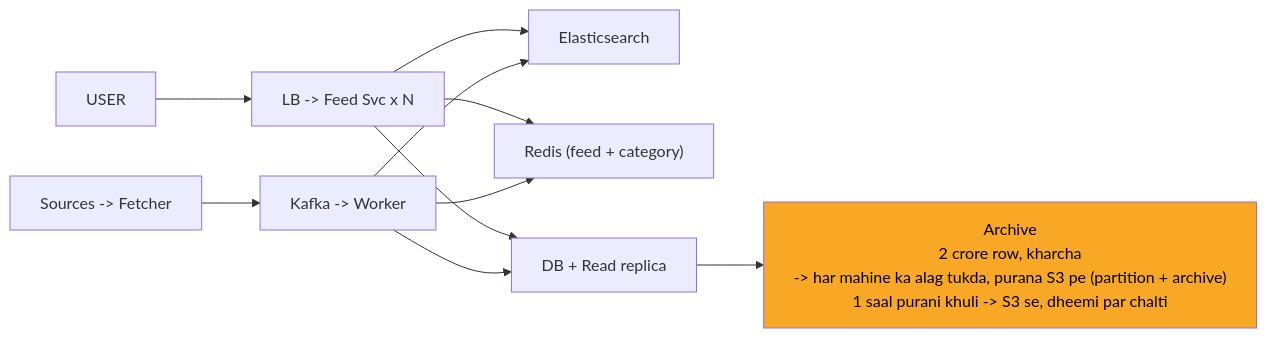
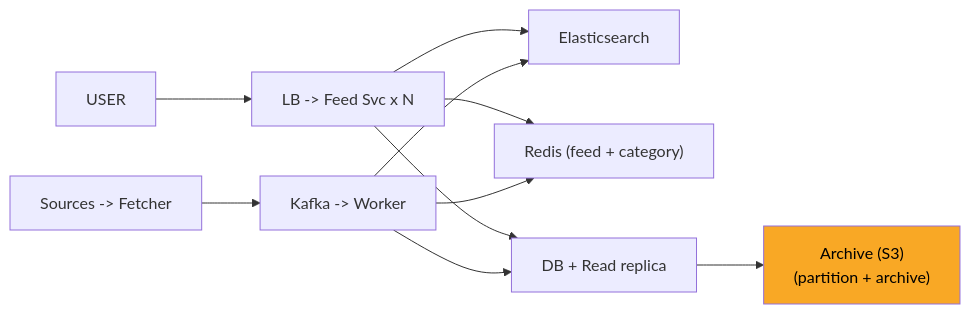
One commit to ArpanMaheshwari144/Prep changed the diagram in 04_HLD/SYSTEM_DESIGNS/08_news_aggregator/img/c8.mmd. Above: the diagram before and after it, drawn with Mermaid. The commit also changed 36 other files, not shown here.

```diff
--- a/04_HLD/SYSTEM_DESIGNS/08_news_aggregator/img/c8.mmd
+++ b/04_HLD/SYSTEM_DESIGNS/08_news_aggregator/img/c8.mmd
@@ -1,20 +1,20 @@
 %%{init: {"flowchart": {"wrappingWidth": 450}}}%%
 flowchart LR
     n_USER["USER"]
     n_LF["LB -> Feed Svc x N"]
     n_Elasticsearch["Elasticsearch"]
     n_Redis["Redis (feed + category)"]
     n_DBR["DB + Read replica"]
-    n_Archive["Archive<br/>2 crore row, kharcha<br/>-> har mahine ka alag tukda, purana S3 pe (partition + archive)<br/>1 saal purani khuli -> S3 se, dheemi par chalti"]
+    n_Archive["Archive (S3)<br/>(partition + archive)"]
     n_KW["Kafka -> Worker"]
     n_SF["Sources -> Fetcher"]
     n_USER --> n_LF
     n_LF --> n_Elasticsearch
     n_LF --> n_Redis
     n_LF --> n_DBR
     n_DBR --> n_Archive
     n_KW --> n_DBR
     n_KW --> n_Redis
     n_KW --> n_Elasticsearch
     n_SF --> n_KW
     style n_Archive fill:#f9a825,color:#000
```
